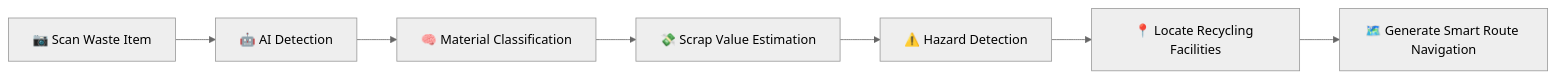
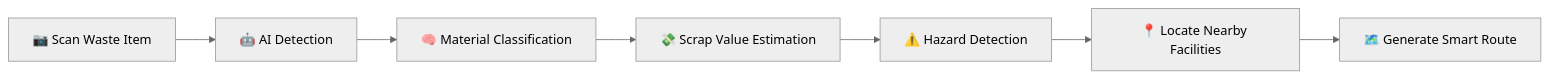
Before and after one commit to JudeGaringalo/MalunggayPandesal-Recicla: the diagram in README.md, drawn with Mermaid (neutral theme). The commit also changed other lines of this file, not shown here.

````diff
--- a/README.md
+++ b/README.md
@@ -161,9 +174,9 @@
 ```mermaid
 flowchart LR
     A[📷 Scan Waste Item] --> B[🤖 AI Detection]
     B --> C[🧠 Material Classification]
     C --> D[💸 Scrap Value Estimation]
     D --> E[⚠️ Hazard Detection]
-    E --> F[📍 Locate Recycling Facilities]
-    F --> G[🗺️ Generate Smart Route Navigation]
+    E --> F[📍 Locate Nearby Facilities]
+    F --> G[🗺️ Generate Smart Route]
 ```
````
